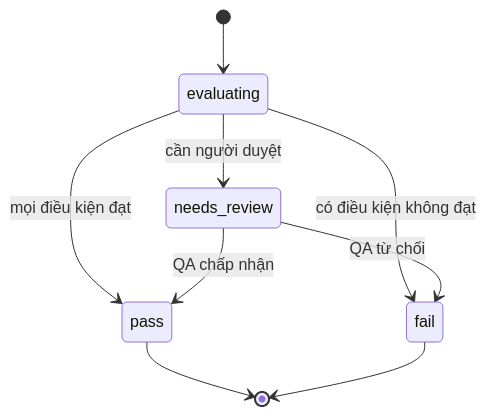
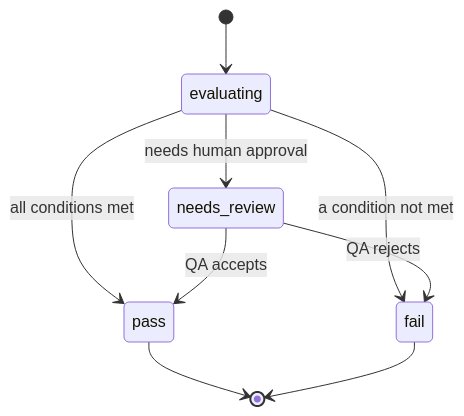
Before and after one commit to tungld9999blacksmith/Strata: the sixth of 21 diagrams in README.md, drawn with Mermaid. The commit also changed other lines of this file and 13 other files, not shown here.

````diff
--- a/README.md
+++ b/README.md
@@ -429,11 +429,11 @@
 ```mermaid
 stateDiagram-v2
     [*] --> evaluating
-    evaluating --> pass: mọi điều kiện đạt
-    evaluating --> fail: có điều kiện không đạt
-    evaluating --> needs_review: cần người duyệt
-    needs_review --> pass: QA chấp nhận
-    needs_review --> fail: QA từ chối
+    evaluating --> pass: all conditions met
+    evaluating --> fail: a condition not met
+    evaluating --> needs_review: needs human approval
+    needs_review --> pass: QA accepts
+    needs_review --> fail: QA rejects
     pass --> [*]
     fail --> [*]
 ```
````
